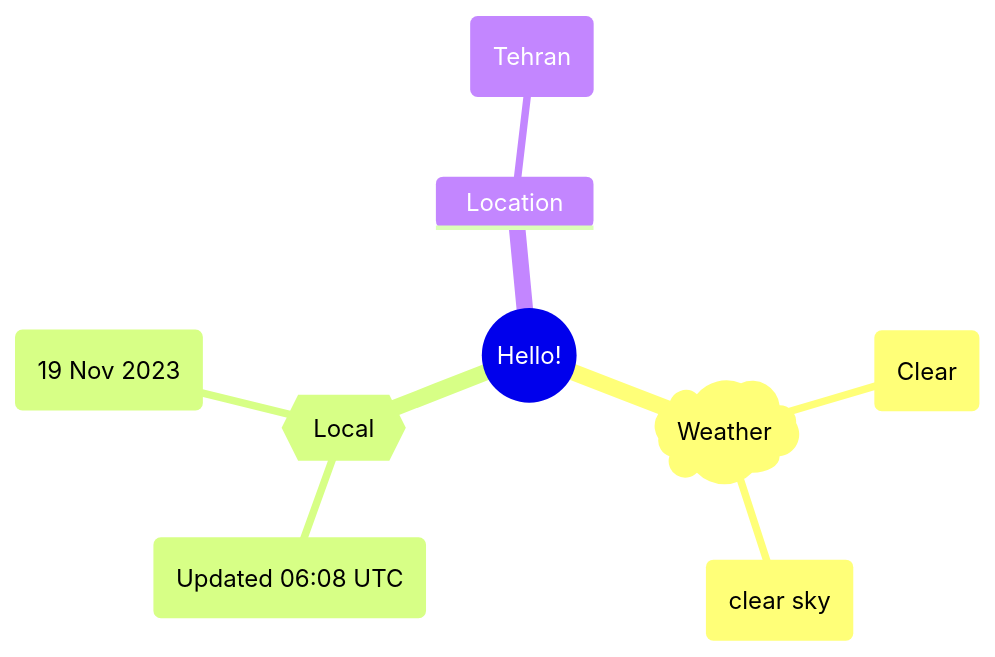
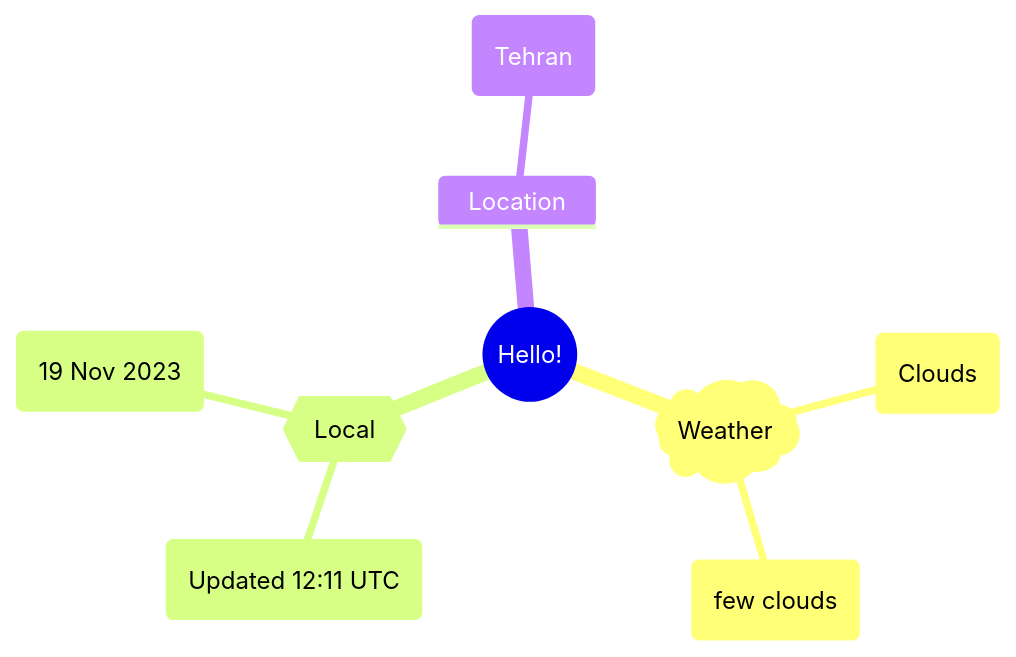
The first of 2 diagrams in README.md (Xosrov/Xosrov), drawn with Mermaid before and after one commit.

Commit message:
[bot] updated images

````diff
--- a/README.md
+++ b/README.md
@@ -3,12 +3,12 @@
 ```mermaid
 mindmap
   root((Hello!))
     )Weather(
-        (Clear)
-        (clear sky)
+        (Clouds)
+        (few clouds)
     {{Local}}
-        (Updated 06:08 UTC)
+        (Updated 12:11 UTC)
         (19 Nov 2023)
     Location
         (Tehran)
 ```
````
